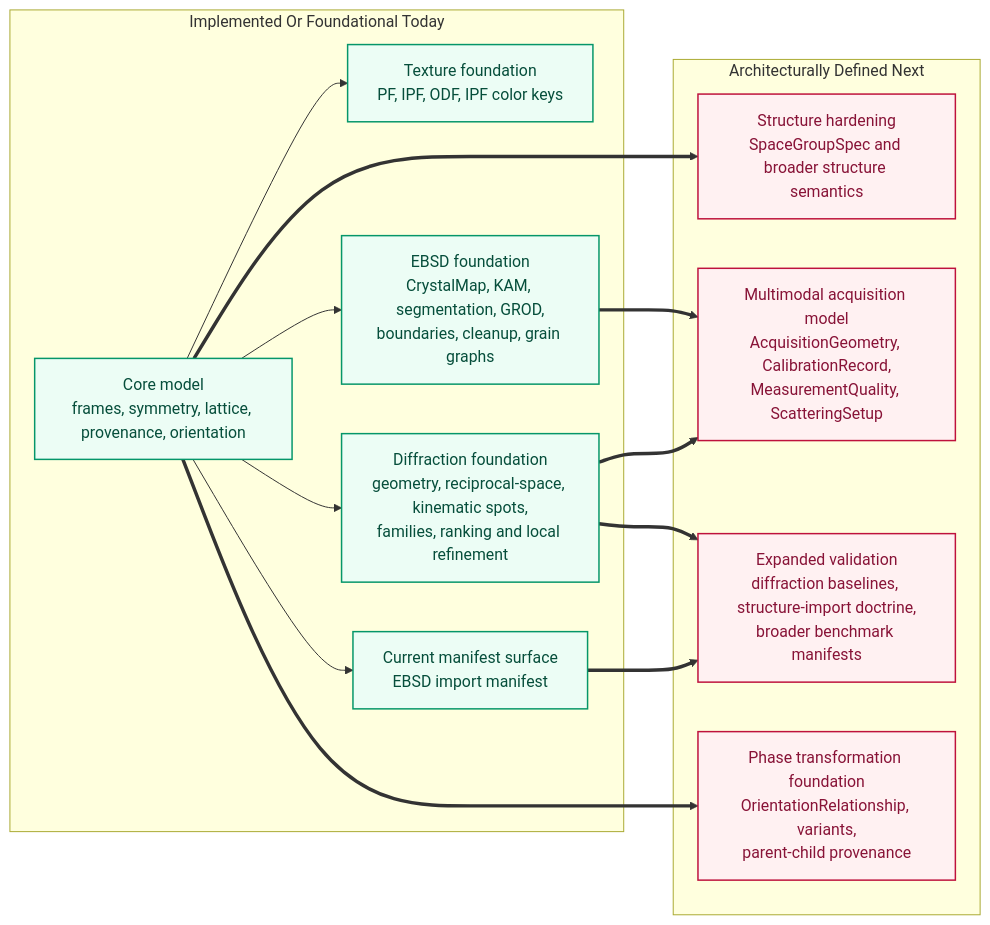
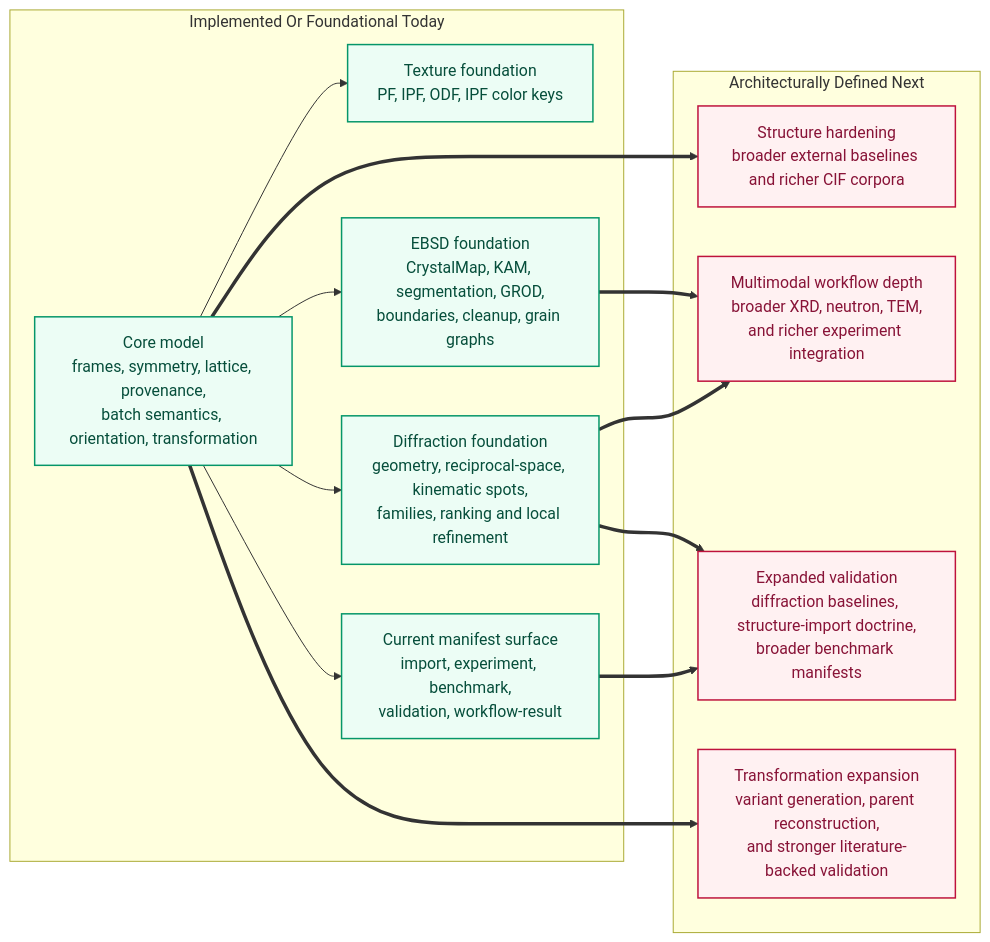
One commit to kvmani/pytex changed the fourth of 4 diagrams in docs/site/concepts/library_structure.md. Above: the diagram before and after it, drawn with Mermaid. The commit also changed other lines of this file and 61 other files, not shown here.

Commit message:
Add manifest and transformation foundations across the repo

````diff
--- a/docs/site/concepts/library_structure.md
+++ b/docs/site/concepts/library_structure.md
@@ -318,35 +318,35 @@
 ```{mermaid}
 flowchart LR
     subgraph current["Implemented Or Foundational Today"]
-        current_core["Core model<br/>frames, symmetry, lattice, provenance, orientation"]
+        current_core["Core model<br/>frames, symmetry, lattice, provenance,<br/>batch semantics, orientation, transformation"]
         current_texture["Texture foundation<br/>PF, IPF, ODF, IPF color keys"]
         current_ebsd["EBSD foundation<br/>CrystalMap, KAM, segmentation, GROD,<br/>boundaries, cleanup, grain graphs"]
         current_diffraction["Diffraction foundation<br/>geometry, reciprocal-space, kinematic spots,<br/>families, ranking and local refinement"]
-        current_manifests["Current manifest surface<br/>EBSD import manifest"]
+        current_manifests["Current manifest surface<br/>import, experiment, benchmark,<br/>validation, workflow-result"]
     end
 
     subgraph next["Architecturally Defined Next"]
-        next_spacegroup["Structure hardening<br/>SpaceGroupSpec and broader structure semantics"]
-        next_multimodal["Multimodal acquisition model<br/>AcquisitionGeometry, CalibrationRecord,<br/>MeasurementQuality, ScatteringSetup"]
+        next_spacegroup["Structure hardening<br/>broader external baselines and richer CIF corpora"]
+        next_multimodal["Multimodal workflow depth<br/>broader XRD, neutron, TEM,<br/>and richer experiment integration"]
         next_validation["Expanded validation<br/>diffraction baselines, structure-import doctrine,<br/>broader benchmark manifests"]
-        next_transformation["Phase transformation foundation<br/>OrientationRelationship, variants,<br/>parent-child provenance"]
+        next_transformation["Transformation expansion<br/>variant generation, parent reconstruction,<br/>and stronger literature-backed validation"]
     end
 
     current_core --> current_texture
     current_core --> current_ebsd
     current_core --> current_diffraction
     current_core --> current_manifests
 
     current_core ==> next_spacegroup
     current_ebsd ==> next_multimodal
     current_diffraction ==> next_multimodal
     current_diffraction ==> next_validation
     current_manifests ==> next_validation
     current_core ==> next_transformation
 
     classDef currentfill fill:#ecfdf5,stroke:#059669,color:#064e3b,stroke-width:1.5px;
     classDef nextfill fill:#fff1f2,stroke:#be123c,color:#881337,stroke-width:1.5px;
 
     class current_core,current_texture,current_ebsd,current_diffraction,current_manifests currentfill;
     class next_spacegroup,next_multimodal,next_validation,next_transformation nextfill;
 ```
````
